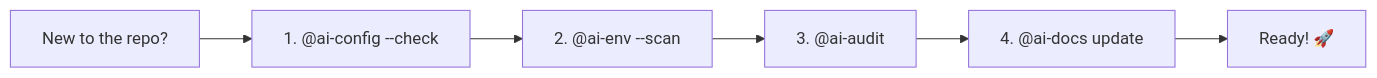
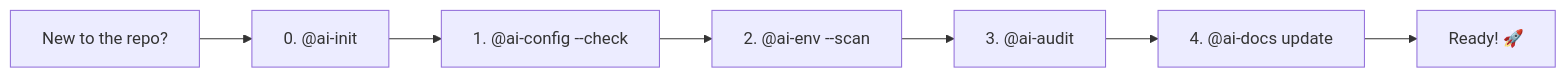
The third of 3 diagrams in docs/README.md (Echeq/myAI-Skills), drawn with Mermaid before and after one commit. The commit also changed other lines of this file and 32 other files, not shown here.

````diff
--- a/docs/README.md
+++ b/docs/README.md
@@ -87,9 +92,10 @@
 ```mermaid
 %%{init: { 'flowchart': { 'useMaxWidth': true }, 'themeCSS': '.mermaid svg { max-width: 100% !important; height: auto !important; }' } }%%
 flowchart LR
-    START[New to the repo?] --> CFG[1. @ai-config --check]
+    START[New to the repo?] --> INIT[0. @ai-init]
+    INIT --> CFG[1. @ai-config --check]
     CFG --> ENV[2. @ai-env --scan]
     ENV --> AUDIT[3. @ai-audit]
     AUDIT --> DOCS[4. @ai-docs update]
     DOCS --> DONE[Ready! 🚀]
 ```
````
